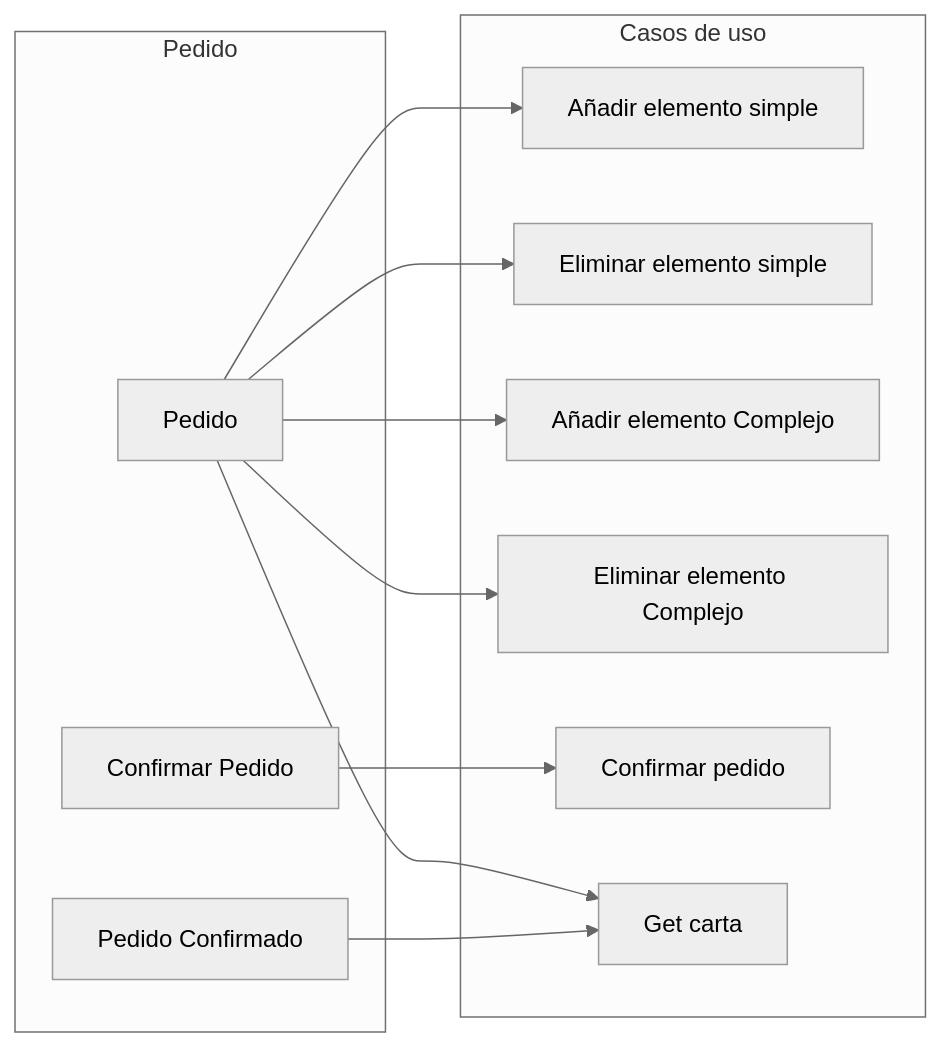
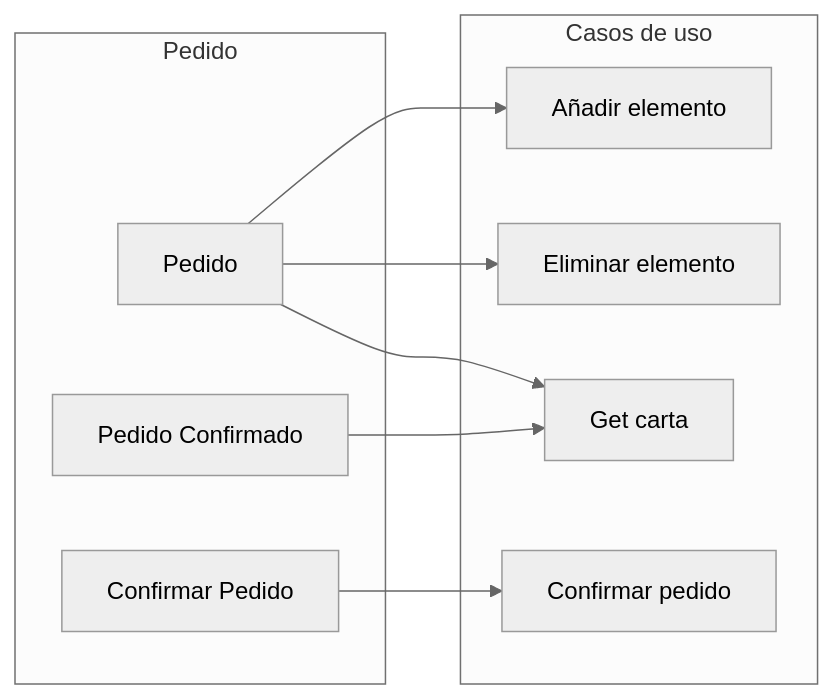
One commit to pabenito/QRest changed the ninth of 10 diagrams in documentacion/requisitos/diagramas_de_flujo.md. Above: the diagram before and after it, drawn with Mermaid (neutral theme). The commit also changed other lines of this file, not shown here.

Commit message:
Diagrama de flujo: Unificar casos de uso Añadir/Eliminar elementos complejos y simples.

````diff
--- a/documentacion/requisitos/diagramas_de_flujo.md
+++ b/documentacion/requisitos/diagramas_de_flujo.md
@@ -159,23 +153,19 @@
 ```mermaid
 flowchart LR
     subgraph g_pedido[Pedido]
         pedido[Pedido]
+        pedido_confirmado[Pedido Confirmado]
         confirmar[Confirmar Pedido]
-        pedido_confirmado[Pedido Confirmado]
     end
     subgraph casos_de_uso[Casos de uso]
-        anadir_elemento_simple[Añadir elemento simple]
-        eliminar_elemento_simple[Eliminar elemento simple]
-        anadir_elemento_complejo[Añadir elemento Complejo]
-        eliminar_elemento_complejo[Eliminar elemento Complejo]
+        anadir_elemento[Añadir elemento]
+        eliminar_elemento[Eliminar elemento]
         confirmar_pedido[Confirmar pedido]
         get_carta[Get carta]
     end
-    pedido --> anadir_elemento_simple
-    pedido --> eliminar_elemento_simple
-    pedido --> anadir_elemento_complejo
-    pedido --> eliminar_elemento_complejo
+    pedido --> anadir_elemento
+    pedido --> eliminar_elemento
     pedido --> get_carta
     confirmar --> confirmar_pedido
     pedido_confirmado --> get_carta
 ```
````
